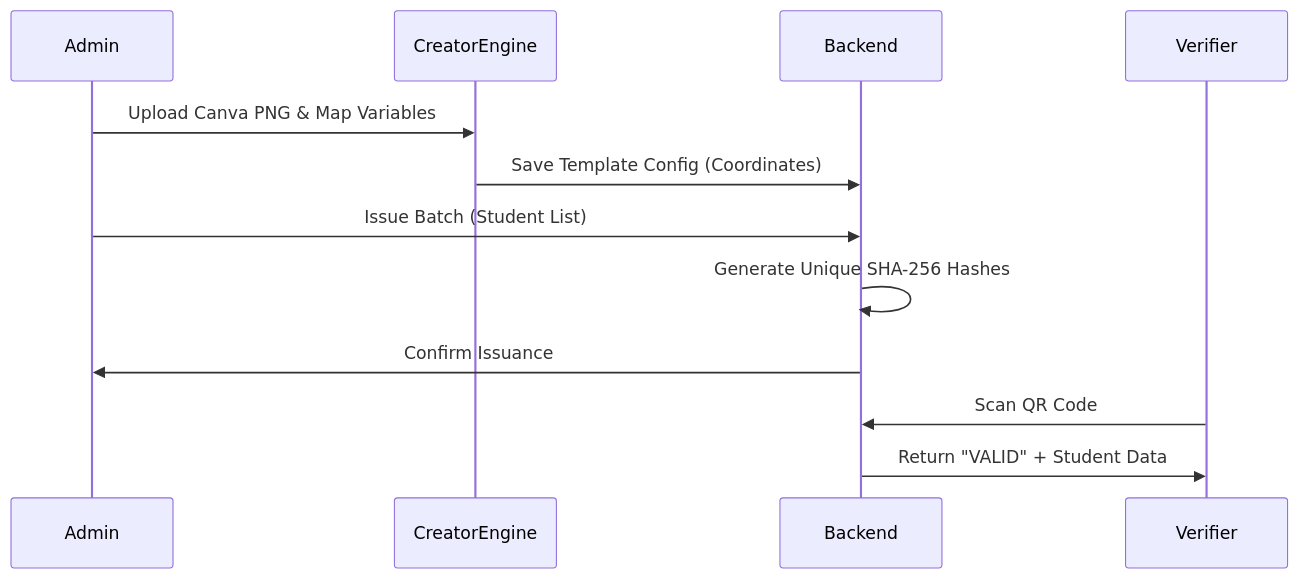
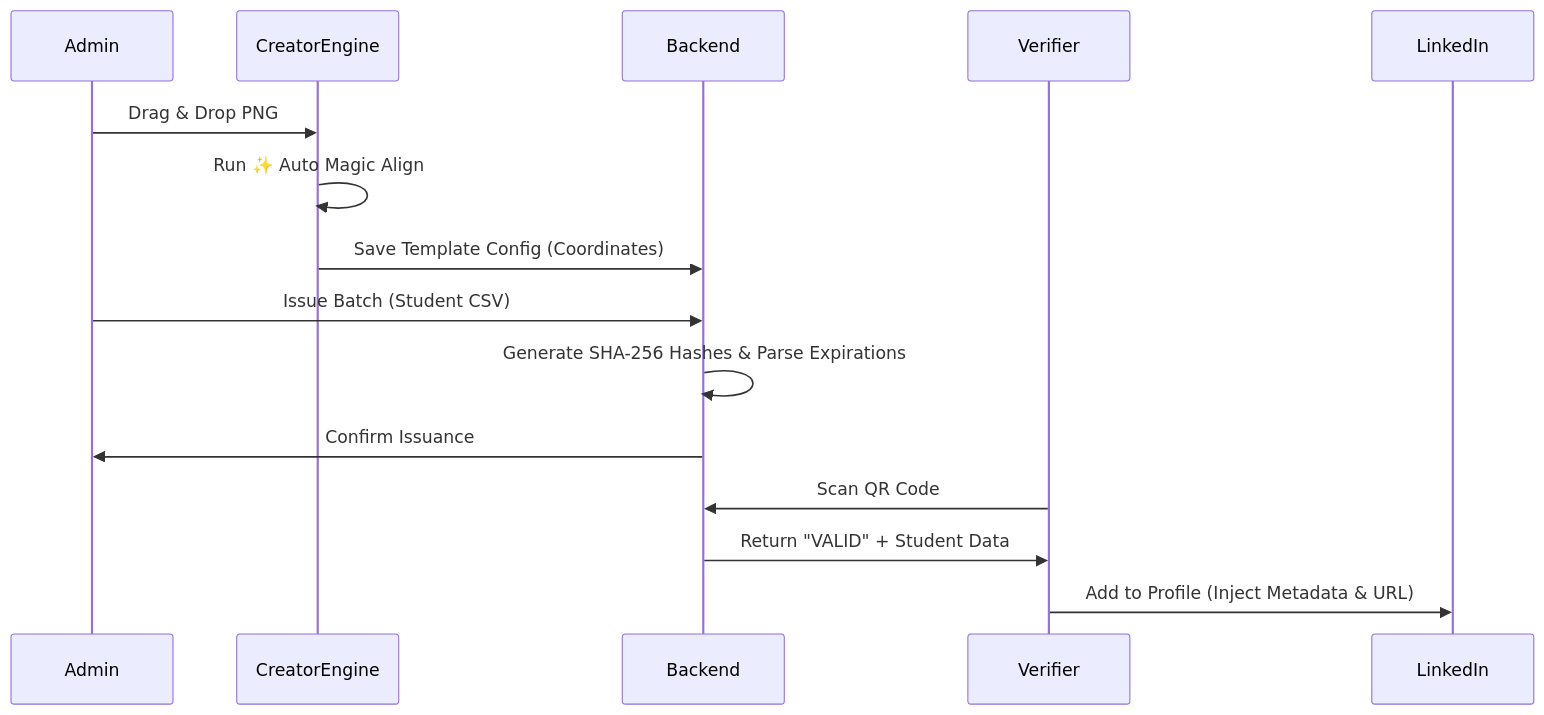
One commit to vanshjain271/AuthPulse changed the second of 2 diagrams in SYSTEM_DESIGN.md. Above: the diagram before and after it, drawn with Mermaid. The commit also changed other lines of this file, not shown here.

Commit message:
docs: modernize system design architecture to reflect MongoDB, Magic Align, Cron lifecycles, and LinkedIn integration

````diff
--- a/SYSTEM_DESIGN.md
+++ b/SYSTEM_DESIGN.md
@@ -76,15 +85,18 @@
 ```mermaid
 sequenceDiagram
     participant Admin
     participant CreatorEngine
     participant Backend
     participant Verifier
+    participant LinkedIn
 
-    Admin->>CreatorEngine: Upload Canva PNG & Map Variables
+    Admin->>CreatorEngine: Drag & Drop PNG
+    CreatorEngine->>CreatorEngine: Run ✨ Auto Magic Align
     CreatorEngine->>Backend: Save Template Config (Coordinates)
-    Admin->>Backend: Issue Batch (Student List)
-    Backend->>Backend: Generate Unique SHA-256 Hashes
+    Admin->>Backend: Issue Batch (Student CSV)
+    Backend->>Backend: Generate SHA-256 Hashes & Parse Expirations
     Backend->>Admin: Confirm Issuance
     Verifier->>Backend: Scan QR Code
     Backend->>Verifier: Return "VALID" + Student Data
+    Verifier->>LinkedIn: Add to Profile (Inject Metadata & URL)
 ```
````
